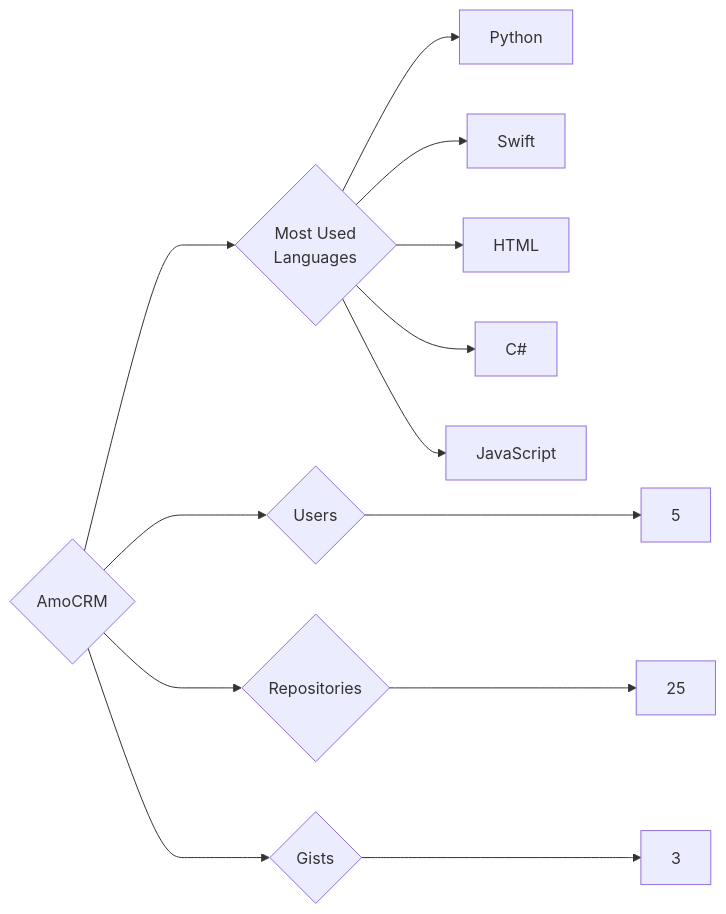
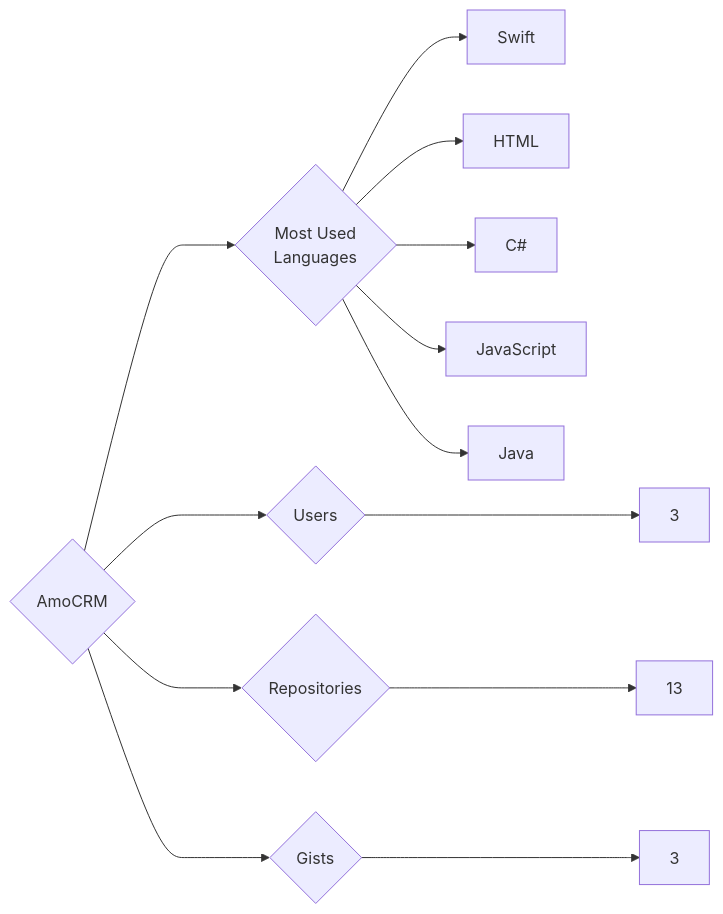
One commit to trickest/insiders changed the diagram in targets/AmoCRM/README.md. Above: the diagram before and after it, drawn with Mermaid. The commit also changed 1089 other files, not shown here.

````diff
--- a/targets/AmoCRM/README.md
+++ b/targets/AmoCRM/README.md
@@ -3,13 +3,13 @@
 ```mermaid
 graph LR
 COMPANY_NAME{AmoCRM}
-COMPANY_NAME ---> U{Users} ---> UN[5]
-COMPANY_NAME ---> R{Repositories} ---> RN[25]
+COMPANY_NAME ---> U{Users} ---> UN[3]
+COMPANY_NAME ---> R{Repositories} ---> RN[13]
 COMPANY_NAME ---> G{Gists} ---> GN[3]
 COMPANY_NAME ---> ML{Most Used<br>Languages}
-ML --> Python[Python]
 ML --> Swift[Swift]
 ML --> HTML[HTML]
 ML --> C#[C#]
 ML --> JavaScript[JavaScript]
+ML --> Java[Java]
 ```
````
